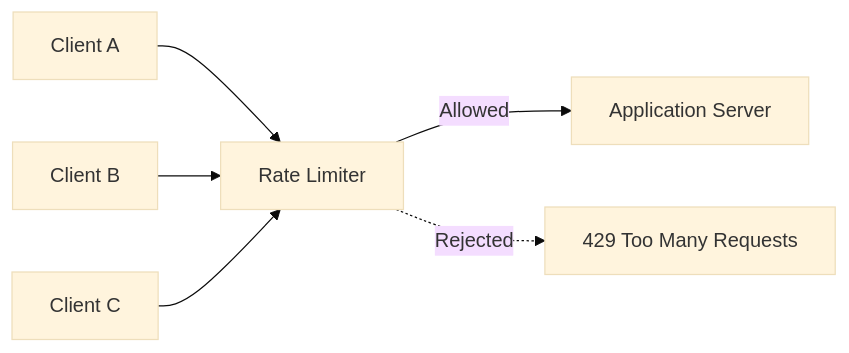
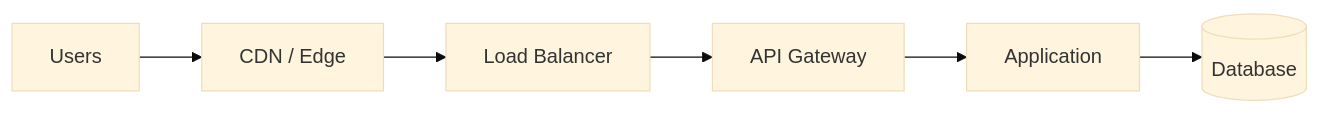
One commit to shivi11sep/scalable-system-design changed the first of 8 diagrams in 01-fundamentals/ratelimiter.md. Above: the diagram before and after it, drawn with Mermaid (base theme). The commit also changed other lines of this file, not shown here.

Commit message:
rate limiter

````diff
--- a/01-fundamentals/ratelimiter.md
+++ b/01-fundamentals/ratelimiter.md
@@ -9,16 +98,8 @@
 ```mermaid
 flowchart LR
-    C1[Client A]
-    C2[Client B]
-    C3[Client C]
-
-    RL[Rate Limiter]
-    APP[Application Server]
-
-    C1 --> RL
-    C2 --> RL
-    C3 --> RL
-
-    RL -->|Allowed| APP
-    RL -. Rejected .-> R[429 Too Many Requests]
+    U[Users] --> CDN[CDN / Edge]
+    CDN --> LB[Load Balancer]
+    LB --> GW[API Gateway]
+    GW --> APP[Application]
+    APP --> DB[(Database)]
 ```
````
